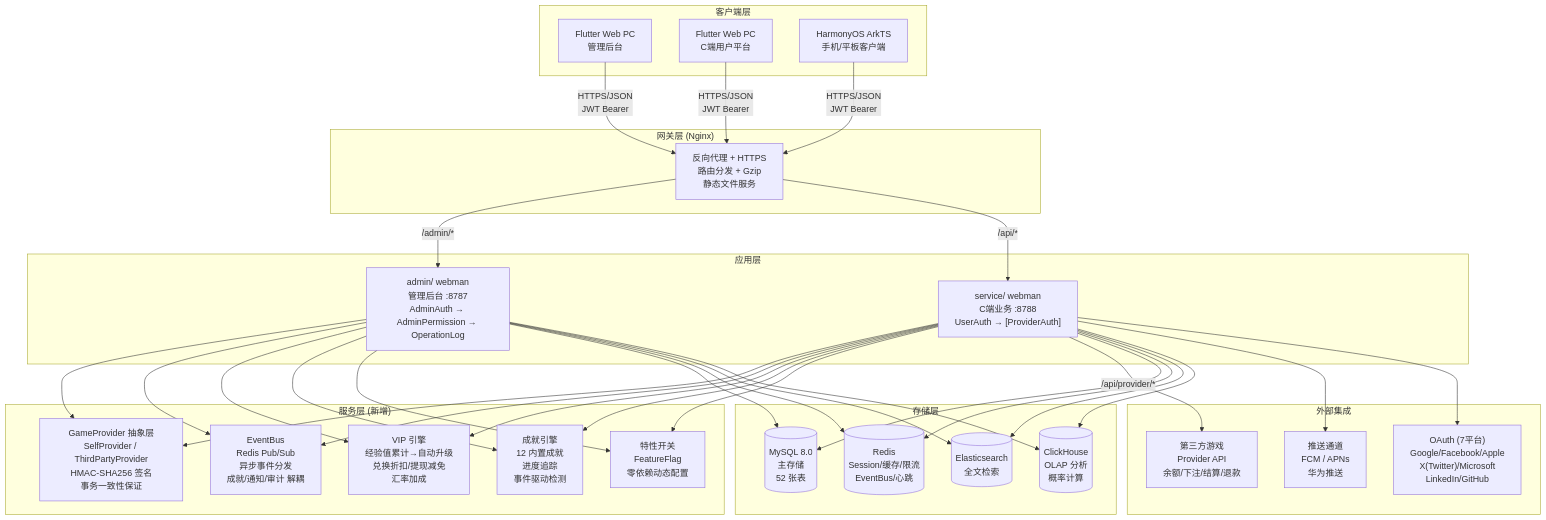
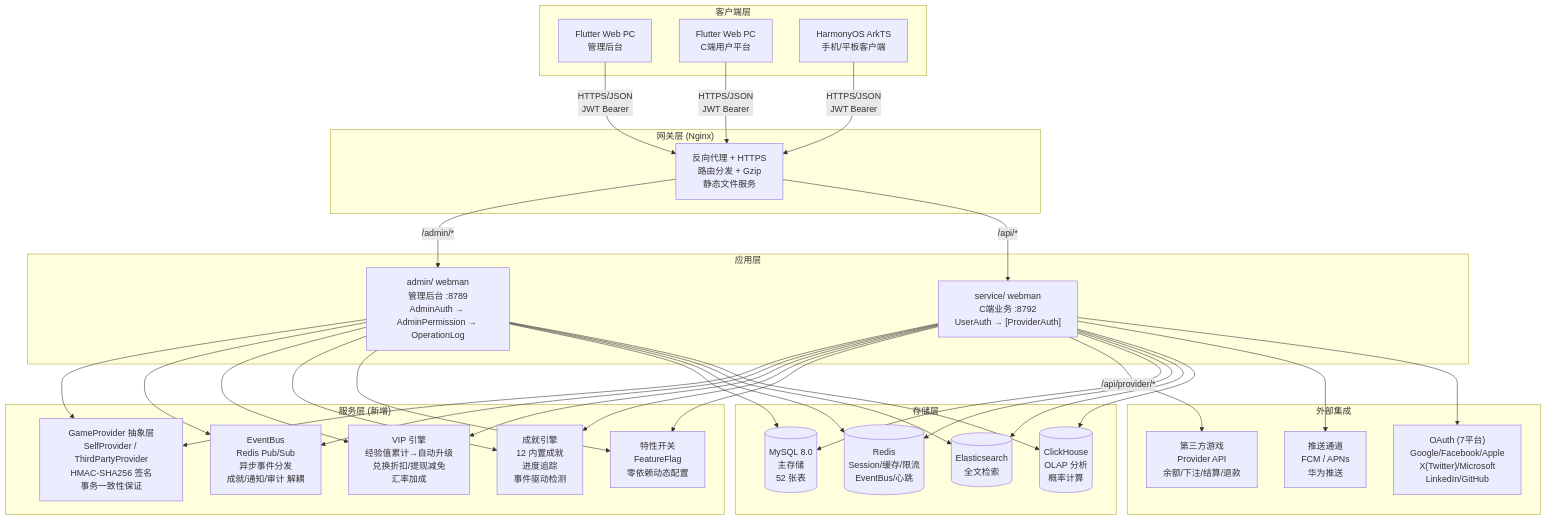
The first of 2 diagrams in docs/ARCHITECTURE.bn.md (erikwang2013/game-platform-php), drawn with Mermaid before and after one commit. The commit also changed other lines of this file and 265 other files, not shown here.

````diff
--- a/docs/ARCHITECTURE.bn.md
+++ b/docs/ARCHITECTURE.bn.md
@@ -11,46 +11,46 @@
 ```mermaid
 flowchart TB
     subgraph "客户端层"
         A1["Flutter Web PC<br/>管理后台"]
         A2["Flutter Web PC<br/>C端用户平台"]
         A3["HarmonyOS ArkTS<br/>手机/平板客户端"]
     end
 
     subgraph "网关层 (Nginx)"
         B1["反向代理 + HTTPS<br/>路由分发 + Gzip<br/>静态文件服务"]
     end
 
     subgraph "应用层"
-        C1["admin/ webman<br/>管理后台 :8787<br/>AdminAuth → AdminPermission → OperationLog"]
-        C2["service/ webman<br/>C端业务 :8788<br/>UserAuth → [ProviderAuth]"]
+        C1["admin/ webman<br/>管理后台 :8789<br/>AdminAuth → AdminPermission → OperationLog"]
+        C2["service/ webman<br/>C端业务 :8792<br/>UserAuth → [ProviderAuth]"]
     end
 
     subgraph "服务层 (新增)"
         D0["GameProvider 抽象层<br/>SelfProvider / ThirdPartyProvider<br/>HMAC-SHA256 签名<br/>事务一致性保证"]
         D1["EventBus<br/>Redis Pub/Sub<br/>异步事件分发<br/>成就/通知/审计 解耦"]
         D2["VIP 引擎<br/>经验值累计→自动升级<br/>兑换折扣/提现减免<br/>汇率加成"]
         D3["成就引擎<br/>12 内置成就<br/>进度追踪<br/>事件驱动检测"]
         D4["特性开关<br/>FeatureFlag<br/>零依赖动态配置"]
     end
 
     subgraph "存储层"
         E1[("MySQL 8.0<br/>主存储<br/>52 张表")]
         E2[("Redis<br/>Session/缓存/限流<br/>EventBus/心跳")]
         E3[("Elasticsearch<br/>全文检索")]
         E4[("ClickHouse<br/>OLAP 分析<br/>概率计算")]
     end
 
     subgraph "外部集成"
         F1["第三方游戏<br/>Provider API<br/>余额/下注/结算/退款"]
         F2["推送通道<br/>FCM / APNs<br/>华为推送"]
         F3["OAuth (7平台)<br/>Google/Facebook/Apple<br/>X(Twitter)/Microsoft<br/>LinkedIn/GitHub"]
     end
 
     A1 & A2 & A3 -->|"HTTPS/JSON<br/>JWT Bearer"| B1
     B1 -->|"/admin/*"| C1
     B1 -->|"/api/*"| C2
     C1 & C2 --> D0 & D1 & D2 & D3 & D4
     C2 -->|"/api/provider/*"| F1
     C1 & C2 --> E1 & E2 & E3 & E4
     C2 --> F2 & F3
 ```
````
